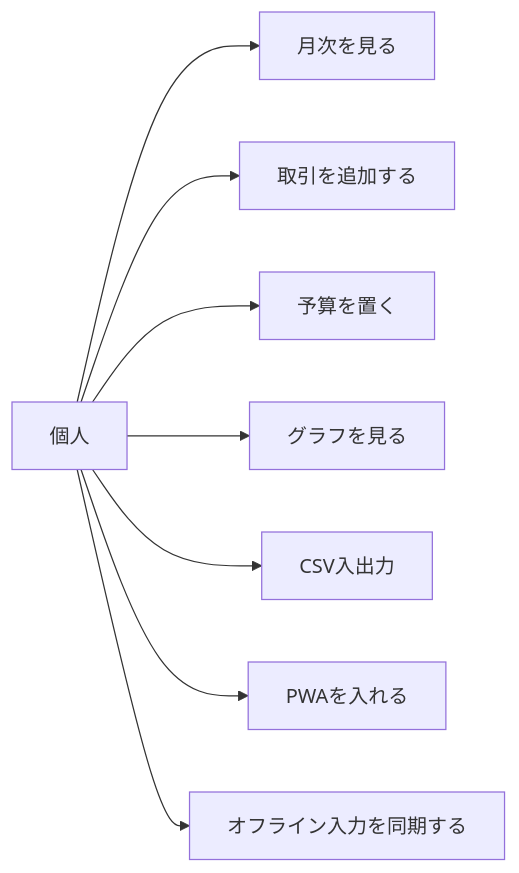
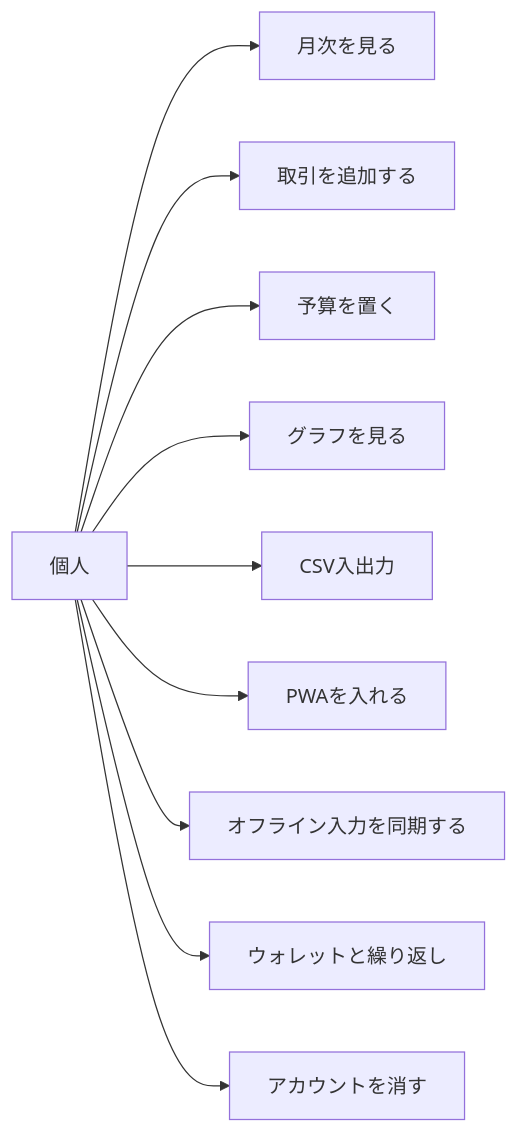
The first of 8 diagrams in portfolio-plan/personal-finance/docs/06-diagrams.md (maeplego/portfolio-plan), drawn with Mermaid before and after one commit. The commit also changed other lines of this file and 7 other files, not shown here.

````diff
--- a/portfolio-plan/personal-finance/docs/06-diagrams.md
+++ b/portfolio-plan/personal-finance/docs/06-diagrams.md
@@ -12,11 +12,13 @@
 ```mermaid
 flowchart LR
   User[個人]
   User --> UC1[月次を見る]
   User --> UC2[取引を追加する]
   User --> UC3[予算を置く]
   User --> UC4[グラフを見る]
   User --> UC5[CSV入出力]
   User --> UC6[PWAを入れる]
   User --> UC7[オフライン入力を同期する]
+  User --> UC8[ウォレットと繰り返し]
+  User --> UC9[アカウントを消す]
 ```
````
